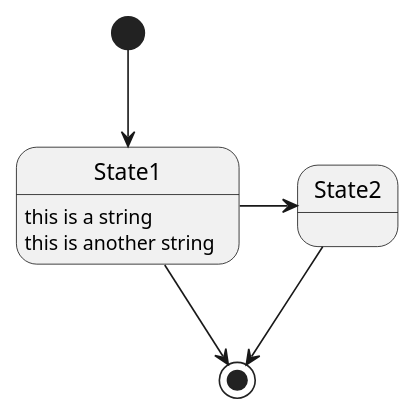
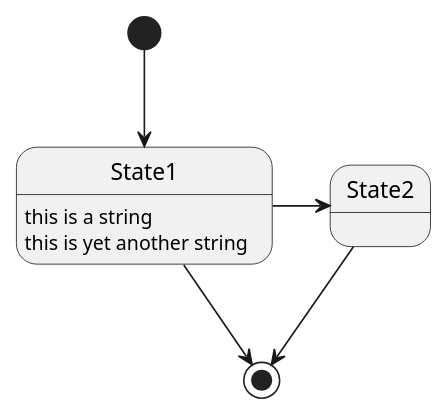
One commit to ghoti143/plant-uml-test changed the diagram in bar/sample-state.pu. Above: the diagram before and after it, drawn with PlantUML.

```diff
--- a/bar/sample-state.pu
+++ b/bar/sample-state.pu
@@ -1,11 +1,11 @@
 @startuml
 
 [*] --> State1
 State1 --> [*]
 State1 : this is a string
-State1 : this is another string
+State1 : this is yet another string
 
 State1 -> State2
 State2 --> [*]
 
 @enduml
```
